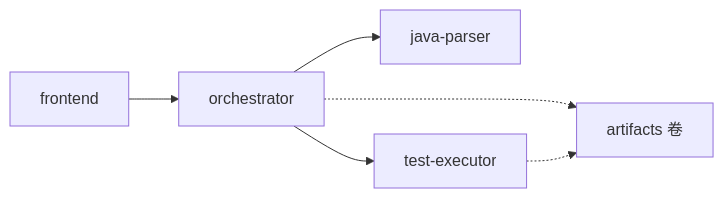
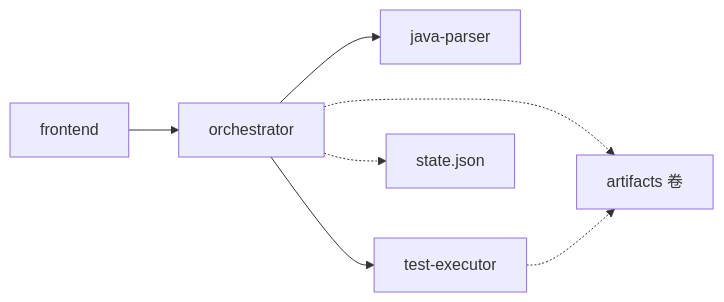
Before and after one commit to Joeyzheng001/LLM-AutoTest: the ninth of 9 diagrams in .qoder/repowiki/zh/content/系统架构/流水线架构/流水线架构.md, drawn with Mermaid. The commit also changed other lines of this file and 41 other files, not shown here.

````diff
--- a/.qoder/repowiki/zh/content/系统架构/流水线架构/流水线架构.md
+++ b/.qoder/repowiki/zh/content/系统架构/流水线架构/流水线架构.md
@@ -218,8 +372,9 @@
 ```mermaid
 graph LR
 Frontend["frontend"] --> Orchestrator["orchestrator"]
 Orchestrator --> JavaParser["java-parser"]
 Orchestrator --> TestExecutor["test-executor"]
 Orchestrator -.-> Artifacts["artifacts 卷"]
+Orchestrator -.-> State["state.json"]
 TestExecutor -.-> Artifacts
 ```
````
